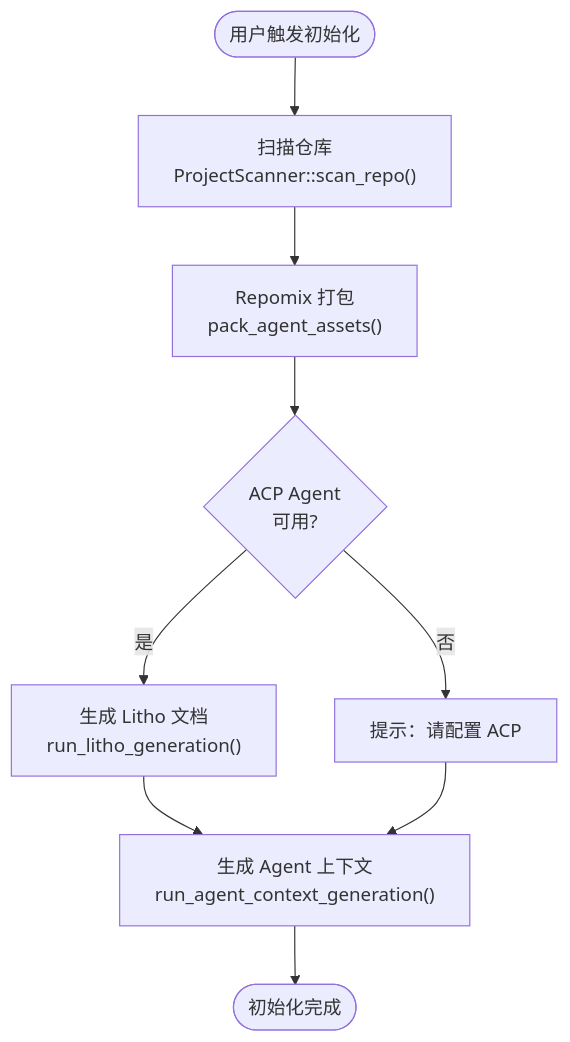
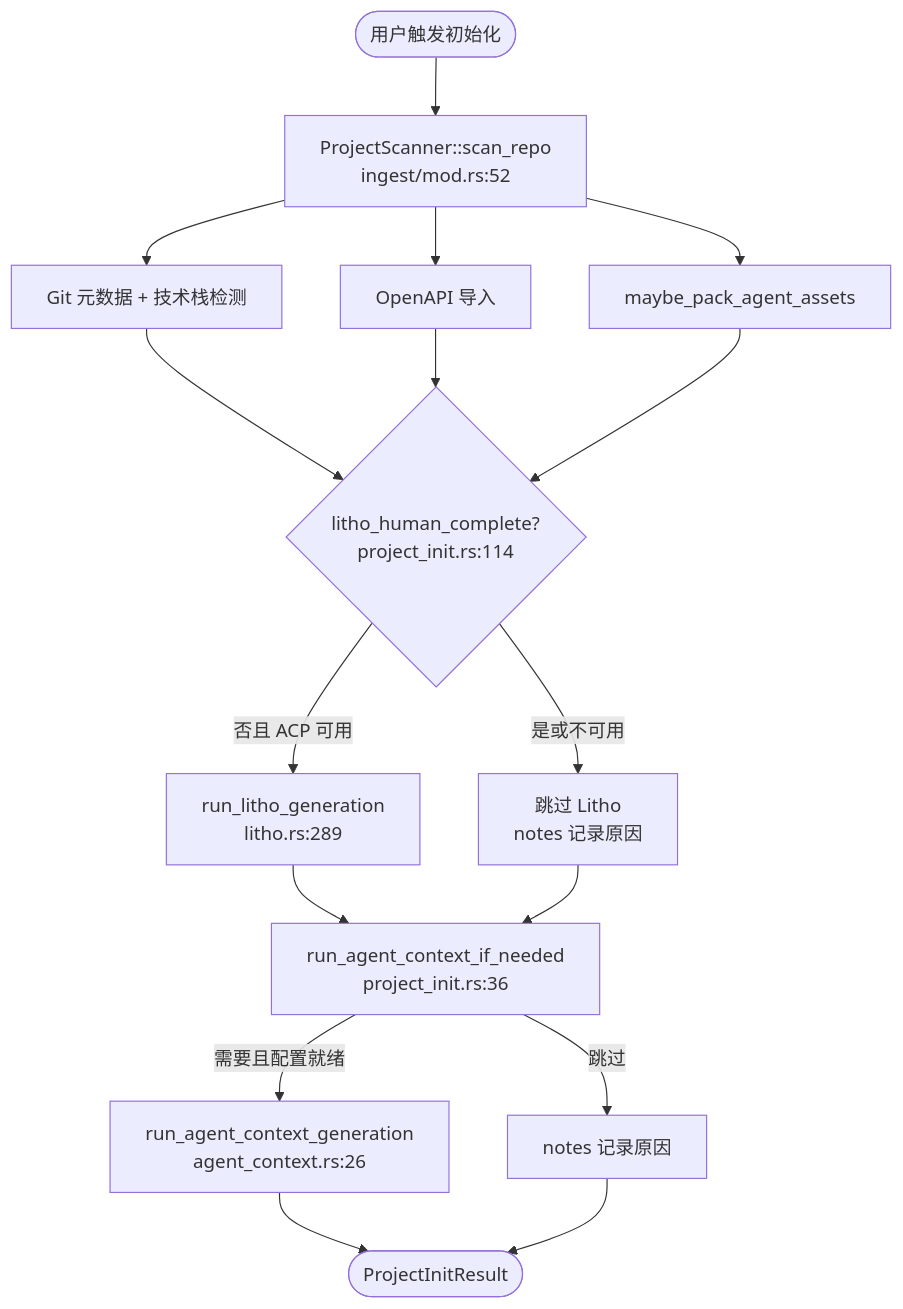
Before and after one commit to sopaco/terrain: the second of 9 diagrams in .terrain/human/3.工作流.md, drawn with Mermaid. The commit also changed other lines of this file and 27 other files, not shown here.

````diff
--- a/.terrain/human/3.工作流.md
+++ b/.terrain/human/3.工作流.md
@@ -51,11 +51,18 @@
 ```mermaid
 flowchart TD
-    Start([用户触发初始化]) --> Scan["扫描仓库<br/>ProjectScanner::scan_repo()"]
-    Scan --> Pack["Repomix 打包<br/>pack_agent_assets()"]
-    Pack --> CheckACP{"ACP Agent<br/>可用?"}
-    CheckACP -->|是| Litho["生成 Litho 文档<br/>run_litho_generation()"]
-    CheckACP -->|否| NoteACP["提示：请配置 ACP"]
-    Litho --> AgentCtx["生成 Agent 上下文<br/>run_agent_context_generation()"]
-    NoteACP --> AgentCtx
-    AgentCtx --> End([初始化完成])
+    Start([用户触发初始化]) --> Scan["ProjectScanner::scan_repo<br/>ingest/mod.rs:52"]
+    Scan --> GitMeta["Git 元数据 + 技术栈检测"]
+    Scan --> OpenAPI["OpenAPI 导入"]
+    Scan --> Repomix["maybe_pack_agent_assets"]
+    GitMeta --> LithoCheck{"litho_human_complete?<br/>project_init.rs:114"}
+    OpenAPI --> LithoCheck
+    Repomix --> LithoCheck
+    LithoCheck -->|否且 ACP 可用| Litho["run_litho_generation<br/>litho.rs:289"]
+    LithoCheck -->|是或不可用| SkipLitho["跳过 Litho<br/>notes 记录原因"]
+    Litho --> CtxCheck["run_agent_context_if_needed<br/>project_init.rs:36"]
+    SkipLitho --> CtxCheck
+    CtxCheck -->|需要且配置就绪| CtxGen["run_agent_context_generation<br/>agent_context.rs:26"]
+    CtxCheck -->|跳过| Notes["notes 记录原因"]
+    CtxGen --> End([ProjectInitResult])
+    Notes --> End
 ```
````
